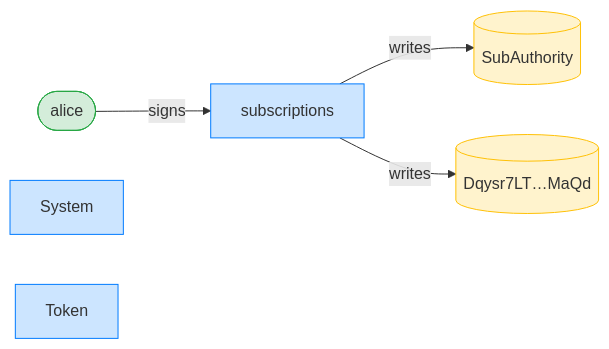
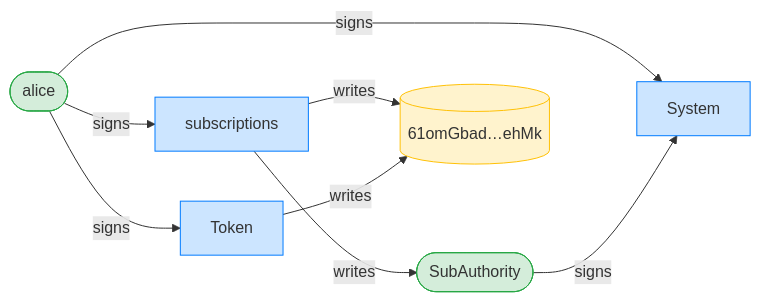
The third of 8 diagrams in dsl_tests/transfer-subscription--a-zero-amount-is-refused.md (cds-rs/subscriptions), drawn with Mermaid before and after one commit. The commit also changed other lines of this file and 224 other files, not shown here.

````diff
--- a/dsl_tests/transfer-subscription--a-zero-amount-is-refused.md
+++ b/dsl_tests/transfer-subscription--a-zero-amount-is-refused.md
@@ -55,15 +56,19 @@
 ```mermaid
 flowchart LR
     classDef signer fill:#d4edda,stroke:#28a745;
     classDef program fill:#cce5ff,stroke:#007bff;
     classDef writable fill:#fff3cd,stroke:#ffc107;
     subscriptions[subscriptions]:::program
     alice([alice]):::signer
-    SubAuthority[(SubAuthority)]:::writable
-    Dqysr7LT_MaQd[("Dqysr7LT…MaQd")]:::writable
+    SubAuthority([SubAuthority]):::signer
+    61omGbad_ehMk[("61omGbad…ehMk")]:::writable
     System[System]:::program
     Token[Token]:::program
     alice -->|signs| subscriptions
+    alice -->|signs| System
+    SubAuthority -->|signs| System
+    alice -->|signs| Token
     subscriptions -->|writes| SubAuthority
-    subscriptions -->|writes| Dqysr7LT_MaQd
+    subscriptions -->|writes| 61omGbad_ehMk
+    Token -->|writes| 61omGbad_ehMk
 ```
````
